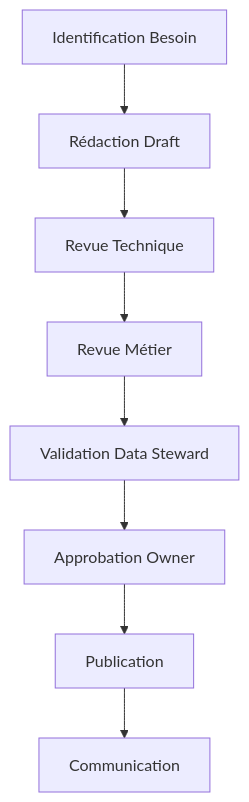
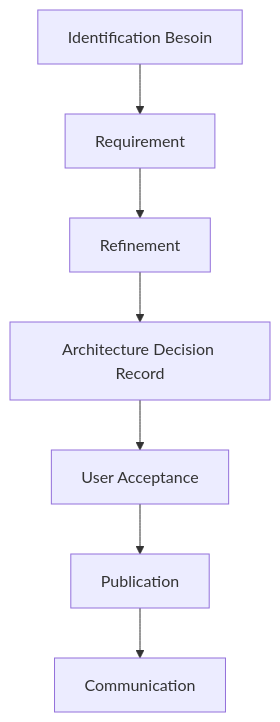
One commit to monmaya/pyb-data-contracts changed the diagram in docs/fr/articles/07-gouvernance-et-adoption.md. Above: the diagram before and after it, drawn with Mermaid. The commit also changed other lines of this file, not shown here.

````diff
--- a/docs/fr/articles/07-gouvernance-et-adoption.md
+++ b/docs/fr/articles/07-gouvernance-et-adoption.md
@@ -87,10 +63,9 @@
 ```mermaid
 graph TD
-    A[Identification Besoin] --> B[Rédaction Draft]
-    B --> C[Revue Technique]
-    C --> D[Revue Métier]
-    D --> E[Validation Data Steward]
-    E --> F[Approbation Owner]
-    F --> G[Publication]
-    G --> H[Communication]
+    A[Identification Besoin] --> B[Requirement]
+    B --> C[Refinement]
+    C --> D[Architecture Decision Record]
+    D --> E[User Acceptance]
+    E --> F[Publication]
+    F --> G[Communication]
 ```
````
